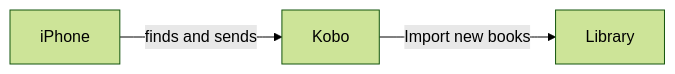
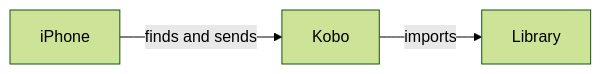
The diagram in README.md (phoenixatom/ezkobo), drawn with Mermaid (forest theme) before and after one commit. The commit also changed other lines of this file and 4 other files, not shown here.

````diff
--- a/README.md
+++ b/README.md
@@ -55,5 +55,5 @@
 ```mermaid
 flowchart LR
     phone[iPhone] -- finds and sends --> kobo[Kobo]
-    kobo -- Import new books --> library[Library]
+    kobo -- imports --> library[Library]
 ```
````
